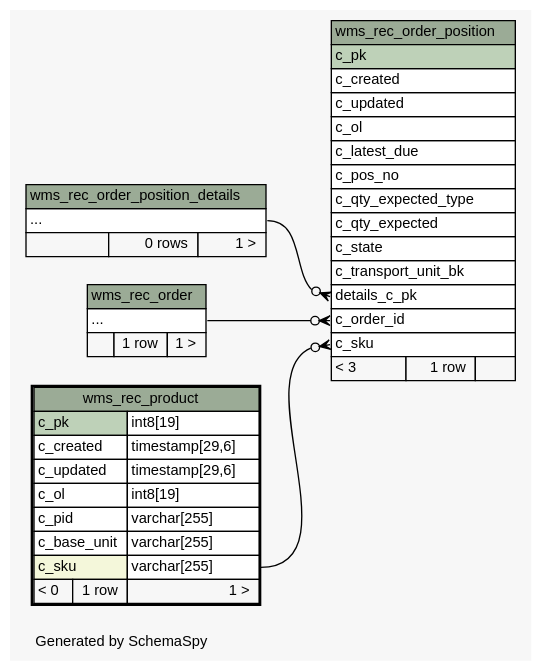
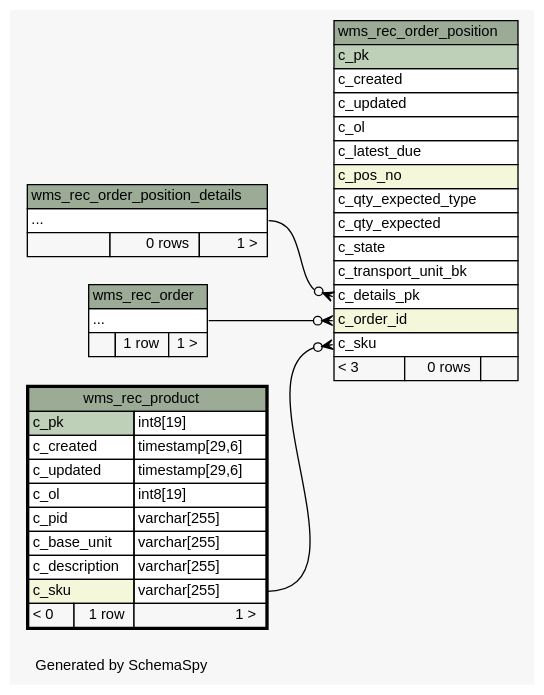
One commit to openwms/org.openwms.wms.receiving.lib changed the diagram in schemaspy/diagrams/wms_rec_product.2degrees.dot. Above: the diagram before and after it, drawn with Graphviz. The commit also changed 200 other files, not shown here.

```diff
--- a/schemaspy/diagrams/wms_rec_product.2degrees.dot
+++ b/schemaspy/diagrams/wms_rec_product.2degrees.dot
@@ -1,83 +1,84 @@
 // dot 2.36.0 on Linux 4.4.0-101-generic
 // SchemaSpy rev Unknown
 digraph "twoDegreesRelationshipsDiagram" {
   graph [
     rankdir="RL"
     bgcolor="#f7f7f7"
     label="\nGenerated by SchemaSpy"
     labeljust="l"
     nodesep="0.18"
     ranksep="0.46"
     fontname="Helvetica"
     fontsize="11"
   ];
   node [
     fontname="Helvetica"
     fontsize="11"
     shape="plaintext"
   ];
   edge [
     arrowsize="0.8"
   ];
+  "wms_rec_order_position":"c_details_pk":w -> "wms_rec_order_position_details":"elipses":e [arrowhead=none dir=back arrowtail=crowodot];
   "wms_rec_order_position":"c_order_id":w -> "wms_rec_order":"elipses":e [arrowhead=none dir=back arrowtail=crowodot];
   "wms_rec_order_position":"c_sku":w -> "wms_rec_product":"c_sku.type":e [arrowhead=none dir=back arrowtail=crowodot];
-  "wms_rec_order_position":"details_c_pk":w -> "wms_rec_order_position_details":"elipses":e [arrowhead=none dir=back arrowtail=crowodot];
   "wms_rec_order" [
     label=<
     <TABLE BORDER="0" CELLBORDER="1" CELLSPACING="0" BGCOLOR="#ffffff">
       <TR><TD COLSPAN="3" BGCOLOR="#9bab96" ALIGN="CENTER">wms_rec_order</TD></TR>
       <TR><TD PORT="elipses" COLSPAN="3" ALIGN="LEFT">...</TD></TR>
       <TR><TD ALIGN="LEFT" BGCOLOR="#f7f7f7">  </TD><TD ALIGN="RIGHT" BGCOLOR="#f7f7f7">1 row</TD><TD ALIGN="RIGHT" BGCOLOR="#f7f7f7">1 &gt;</TD></TR>
     </TABLE>>
     URL="wms_rec_order.html"
     tooltip="wms_rec_order"
   ];
   "wms_rec_order_position" [
     label=<
     <TABLE BORDER="0" CELLBORDER="1" CELLSPACING="0" BGCOLOR="#ffffff">
       <TR><TD COLSPAN="3" BGCOLOR="#9bab96" ALIGN="CENTER">wms_rec_order_position</TD></TR>
       <TR><TD PORT="c_pk" COLSPAN="3" BGCOLOR="#bed1b8" ALIGN="LEFT">c_pk</TD></TR>
       <TR><TD PORT="c_created" COLSPAN="3" ALIGN="LEFT">c_created</TD></TR>
       <TR><TD PORT="c_updated" COLSPAN="3" ALIGN="LEFT">c_updated</TD></TR>
       <TR><TD PORT="c_ol" COLSPAN="3" ALIGN="LEFT">c_ol</TD></TR>
       <TR><TD PORT="c_latest_due" COLSPAN="3" ALIGN="LEFT">c_latest_due</TD></TR>
-      <TR><TD PORT="c_pos_no" COLSPAN="3" ALIGN="LEFT">c_pos_no</TD></TR>
+      <TR><TD PORT="c_pos_no" COLSPAN="3" BGCOLOR="#f4f7da" ALIGN="LEFT">c_pos_no</TD></TR>
       <TR><TD PORT="c_qty_expected_type" COLSPAN="3" ALIGN="LEFT">c_qty_expected_type</TD></TR>
       <TR><TD PORT="c_qty_expected" COLSPAN="3" ALIGN="LEFT">c_qty_expected</TD></TR>
       <TR><TD PORT="c_state" COLSPAN="3" ALIGN="LEFT">c_state</TD></TR>
       <TR><TD PORT="c_transport_unit_bk" COLSPAN="3" ALIGN="LEFT">c_transport_unit_bk</TD></TR>
-      <TR><TD PORT="details_c_pk" COLSPAN="3" ALIGN="LEFT">details_c_pk</TD></TR>
-      <TR><TD PORT="c_order_id" COLSPAN="3" ALIGN="LEFT">c_order_id</TD></TR>
+      <TR><TD PORT="c_details_pk" COLSPAN="3" ALIGN="LEFT">c_details_pk</TD></TR>
+      <TR><TD PORT="c_order_id" COLSPAN="3" BGCOLOR="#f4f7da" ALIGN="LEFT">c_order_id</TD></TR>
       <TR><TD PORT="c_sku" COLSPAN="3" ALIGN="LEFT">c_sku</TD></TR>
-      <TR><TD ALIGN="LEFT" BGCOLOR="#f7f7f7">&lt; 3</TD><TD ALIGN="RIGHT" BGCOLOR="#f7f7f7">1 row</TD><TD ALIGN="RIGHT" BGCOLOR="#f7f7f7">  </TD></TR>
+      <TR><TD ALIGN="LEFT" BGCOLOR="#f7f7f7">&lt; 3</TD><TD ALIGN="RIGHT" BGCOLOR="#f7f7f7">0 rows</TD><TD ALIGN="RIGHT" BGCOLOR="#f7f7f7">  </TD></TR>
     </TABLE>>
     URL="wms_rec_order_position.html"
     tooltip="wms_rec_order_position"
   ];
   "wms_rec_order_position_details" [
     label=<
     <TABLE BORDER="0" CELLBORDER="1" CELLSPACING="0" BGCOLOR="#ffffff">
       <TR><TD COLSPAN="3" BGCOLOR="#9bab96" ALIGN="CENTER">wms_rec_order_position_details</TD></TR>
       <TR><TD PORT="elipses" COLSPAN="3" ALIGN="LEFT">...</TD></TR>
       <TR><TD ALIGN="LEFT" BGCOLOR="#f7f7f7">  </TD><TD ALIGN="RIGHT" BGCOLOR="#f7f7f7">0 rows</TD><TD ALIGN="RIGHT" BGCOLOR="#f7f7f7">1 &gt;</TD></TR>
     </TABLE>>
     URL="wms_rec_order_position_details.html"
     tooltip="wms_rec_order_position_details"
   ];
   "wms_rec_product" [
     label=<
     <TABLE BORDER="2" CELLBORDER="1" CELLSPACING="0" BGCOLOR="#ffffff">
       <TR><TD COLSPAN="3" BGCOLOR="#9bab96" ALIGN="CENTER">wms_rec_product</TD></TR>
       <TR><TD PORT="c_pk" COLSPAN="2" BGCOLOR="#bed1b8" ALIGN="LEFT">c_pk</TD><TD PORT="c_pk.type" ALIGN="LEFT">int8[19]</TD></TR>
       <TR><TD PORT="c_created" COLSPAN="2" ALIGN="LEFT">c_created</TD><TD PORT="c_created.type" ALIGN="LEFT">timestamp[29,6]</TD></TR>
       <TR><TD PORT="c_updated" COLSPAN="2" ALIGN="LEFT">c_updated</TD><TD PORT="c_updated.type" ALIGN="LEFT">timestamp[29,6]</TD></TR>
       <TR><TD PORT="c_ol" COLSPAN="2" ALIGN="LEFT">c_ol</TD><TD PORT="c_ol.type" ALIGN="LEFT">int8[19]</TD></TR>
       <TR><TD PORT="c_pid" COLSPAN="2" ALIGN="LEFT">c_pid</TD><TD PORT="c_pid.type" ALIGN="LEFT">varchar[255]</TD></TR>
       <TR><TD PORT="c_base_unit" COLSPAN="2" ALIGN="LEFT">c_base_unit</TD><TD PORT="c_base_unit.type" ALIGN="LEFT">varchar[255]</TD></TR>
+      <TR><TD PORT="c_description" COLSPAN="2" ALIGN="LEFT">c_description</TD><TD PORT="c_description.type" ALIGN="LEFT">varchar[255]</TD></TR>
       <TR><TD PORT="c_sku" COLSPAN="2" BGCOLOR="#f4f7da" ALIGN="LEFT">c_sku</TD><TD PORT="c_sku.type" ALIGN="LEFT">varchar[255]</TD></TR>
       <TR><TD ALIGN="LEFT" BGCOLOR="#f7f7f7">&lt; 0</TD><TD ALIGN="RIGHT" BGCOLOR="#f7f7f7">1 row</TD><TD ALIGN="RIGHT" BGCOLOR="#f7f7f7">1 &gt;</TD></TR>
     </TABLE>>
     URL="wms_rec_product.html"
     tooltip="wms_rec_product"
   ];
 }
```
